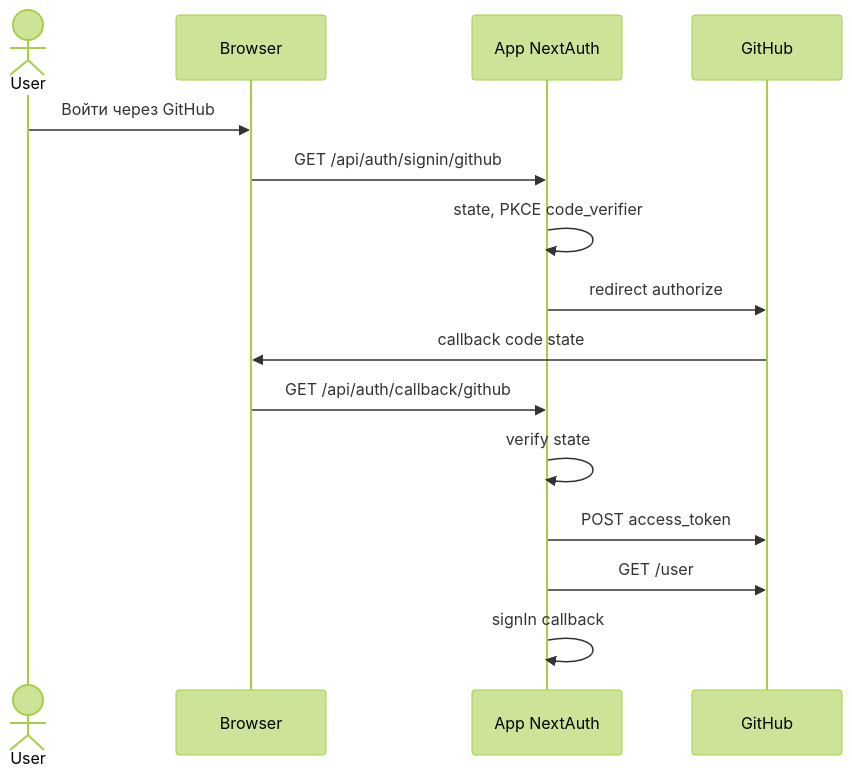
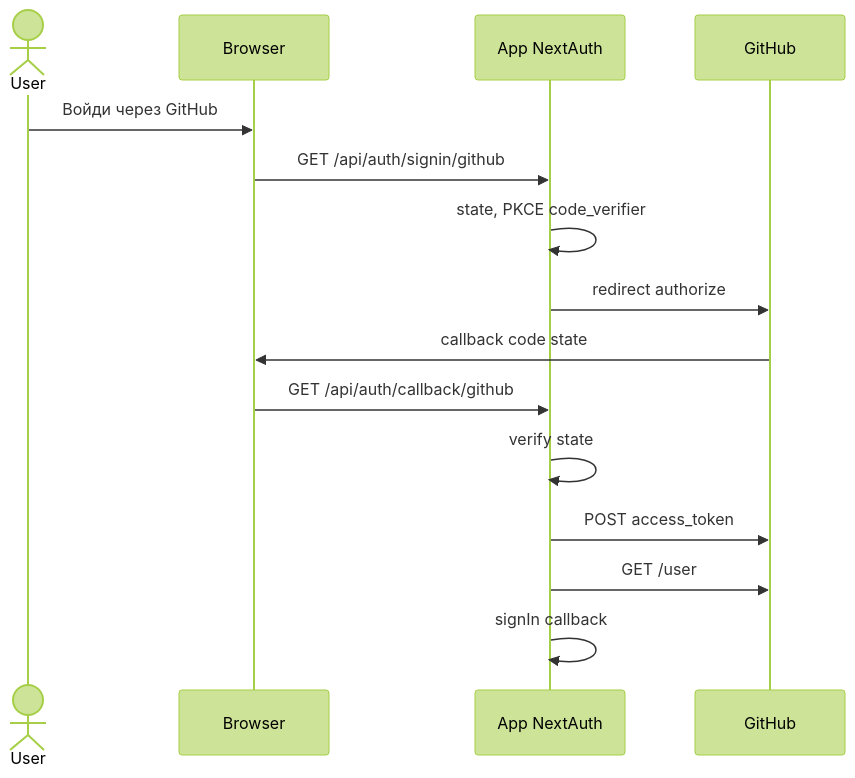
One commit to Ernest0-Production/Referi changed the first of 2 diagrams in spec/spec-tool-github-auth.md. Above: the diagram before and after it, drawn with Mermaid (forest theme). The commit also changed 27 other files, not shown here.

````diff
--- a/spec/spec-tool-github-auth.md
+++ b/spec/spec-tool-github-auth.md
@@ -59,17 +59,17 @@
 ```mermaid
 sequenceDiagram
   actor U as User
   participant B as Browser
   participant A as App NextAuth
   participant G as GitHub
-  U->>B: Войти через GitHub
+  U->>B: Войди через GitHub
   B->>A: GET /api/auth/signin/github
   A->>A: state, PKCE code_verifier
   A->>G: redirect authorize
   G->>B: callback code state
   B->>A: GET /api/auth/callback/github
   A->>A: verify state
   A->>G: POST access_token
   A->>G: GET /user
   A->>A: signIn callback
 ```
````
